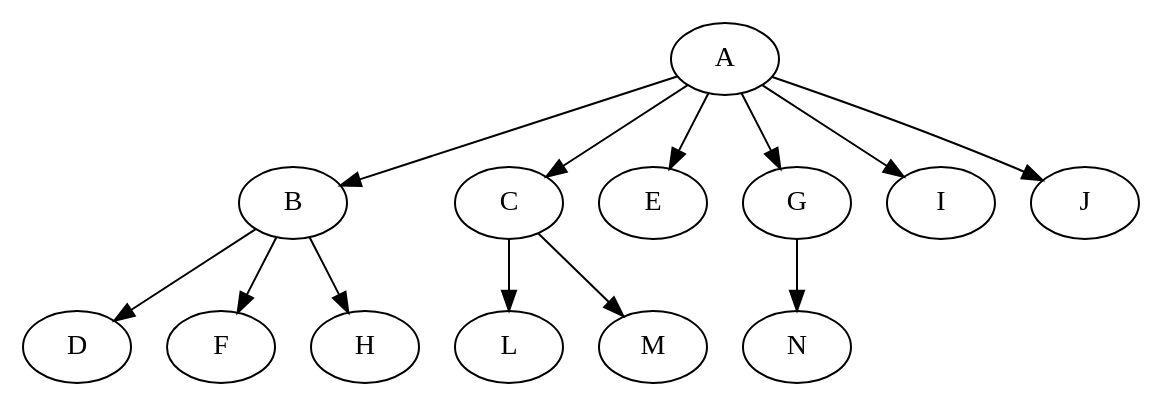
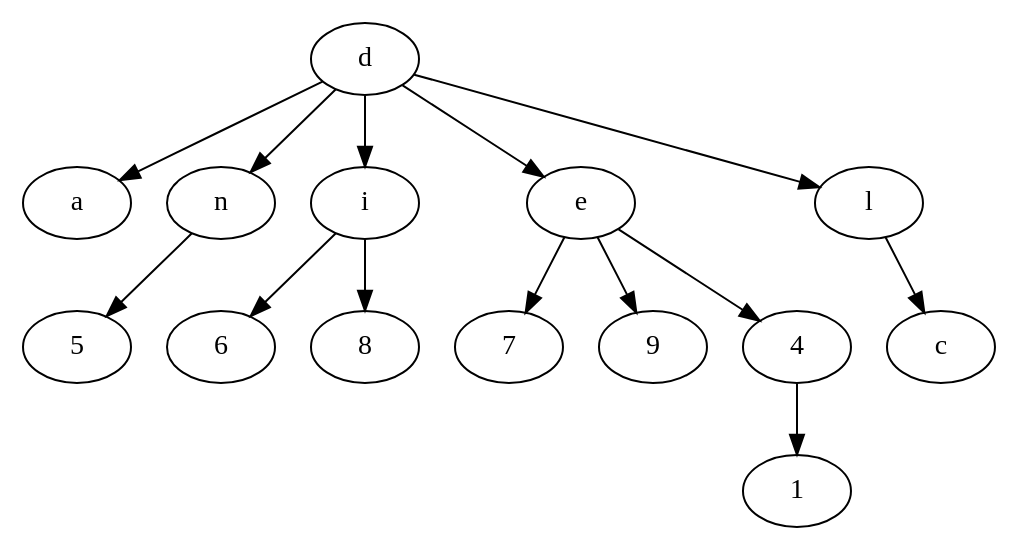
One commit to DanielVenturini/VCC changed the diagram in tree.dot. Above: the diagram before and after it, drawn with Graphviz. The commit also changed 9 other files, not shown here.

```diff
--- a/tree.dot
+++ b/tree.dot
@@ -1,14 +1,29 @@
 digraph G {
-    A -> B;
-    A -> C;
-    A -> E;
-    A -> G;
-    A -> I;
-    A -> J;
-    B -> D;
-    B -> F;
-    B -> H;
-    C -> L;
-    C -> M;
-    G -> N;
+    d;
+    d -> a;
+    d -> n;
+    d -> i;
+    d -> e;
+    d -> l;
+    a;
+    n;
+    n -> 5;
+    5;
+    i;
+    i -> 6;
+    i -> 8;
+    6;
+    8;
+    e;
+    e -> 7;
+    e -> 9;
+    e -> 4;
+    7;
+    9;
+    4;
+    4 -> 1;
+    1;
+    l;
+    l -> c;
+    c;
 }
```
